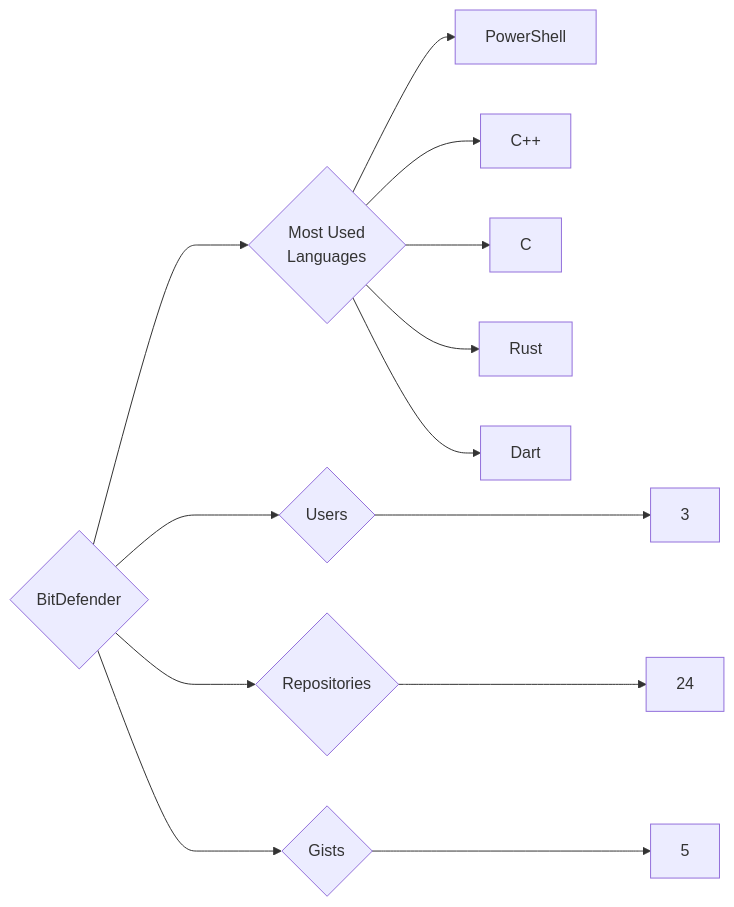
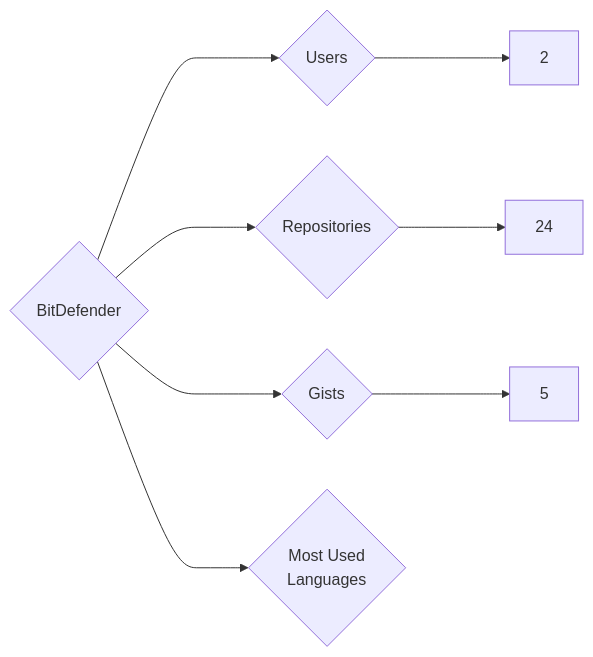
The diagram in targets/BitDefender/README.md (trickest/insiders), drawn with Mermaid before and after one commit. The commit also changed 1141 other files, not shown here.

````diff
--- a/targets/BitDefender/README.md
+++ b/targets/BitDefender/README.md
@@ -3,13 +3,8 @@
 ```mermaid
 graph LR
 COMPANY_NAME{BitDefender}
-COMPANY_NAME ---> U{Users} ---> UN[3]
+COMPANY_NAME ---> U{Users} ---> UN[2]
 COMPANY_NAME ---> R{Repositories} ---> RN[24]
 COMPANY_NAME ---> G{Gists} ---> GN[5]
 COMPANY_NAME ---> ML{Most Used<br>Languages}
-ML --> PowerShell[PowerShell]
-ML --> C++[C++]
-ML --> C[C]
-ML --> Rust[Rust]
-ML --> Dart[Dart]
 ```
````
